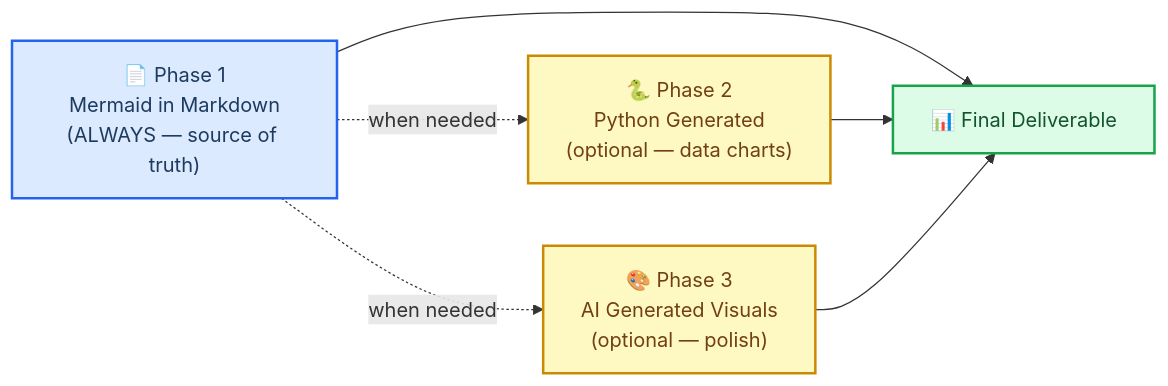
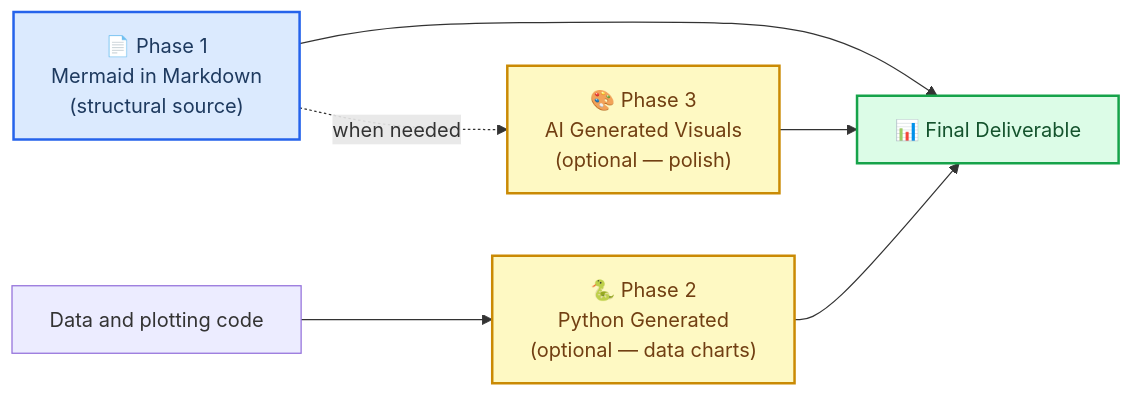
The first of 2 diagrams in OpenScience/runtime/skills/curated-scientific/markdown-mermaid-writing/SKILL.md (anonymous-temp/EviMed-Science), drawn with Mermaid before and after one commit. The commit also changed other lines of this file and 61 other files, not shown here.

````diff
--- a/OpenScience/runtime/skills/curated-scientific/markdown-mermaid-writing/SKILL.md
+++ b/OpenScience/runtime/skills/curated-scientific/markdown-mermaid-writing/SKILL.md
@@ -61,24 +70,24 @@
 ```mermaid
 flowchart LR
     accTitle: Three-Phase Documentation Workflow
-    accDescr: Phase 1 Mermaid in markdown is always required and is the source of truth. Phases 2 and 3 are optional downstream conversions for polished output.
+    accDescr: Markdown holds the structural diagram source. Quantitative charts come from data and plotting code; optional illustrations require a separate factual review.
 
-    p1["📄 Phase 1<br/>Mermaid in Markdown<br/>(ALWAYS — source of truth)"]
+    p1["📄 Phase 1<br/>Mermaid in Markdown<br/>(structural source)"]
     p2["🐍 Phase 2<br/>Python Generated<br/>(optional — data charts)"]
     p3["🎨 Phase 3<br/>AI Generated Visuals<br/>(optional — polish)"]
     out["📊 Final Deliverable"]
 
     p1 --> out
-    p1 -.->|"when needed"| p2
+    data["Data and plotting code"] --> p2
     p1 -.->|"when needed"| p3
     p2 --> out
     p3 --> out
 
     classDef required fill:#dbeafe,stroke:#2563eb,stroke-width:2px,color:#1e3a5f
     classDef optional fill:#fef9c3,stroke:#ca8a04,stroke-width:2px,color:#713f12
     classDef output fill:#dcfce7,stroke:#16a34a,stroke-width:2px,color:#14532d
 
     class p1 required
     class p2,p3 optional
     class out output
 ```
````
